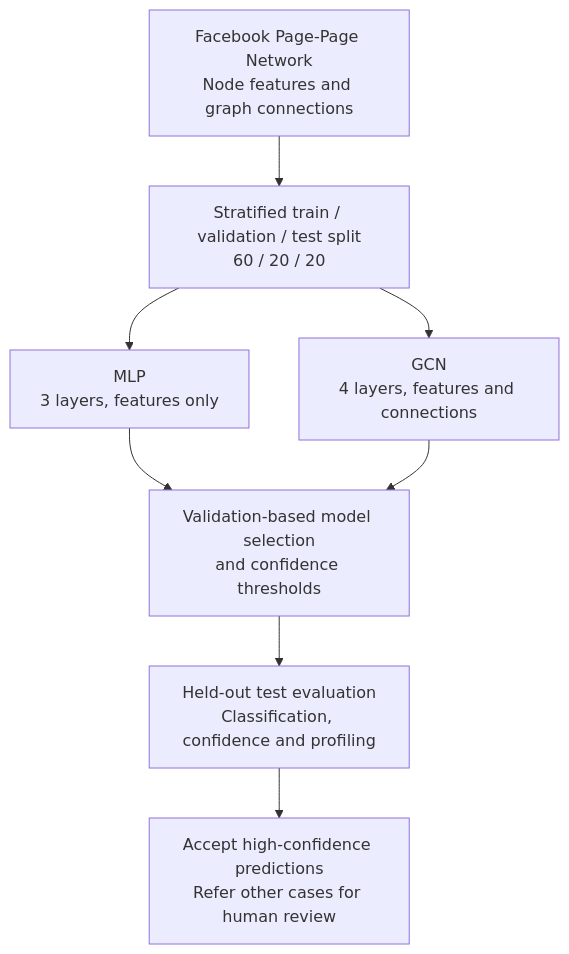
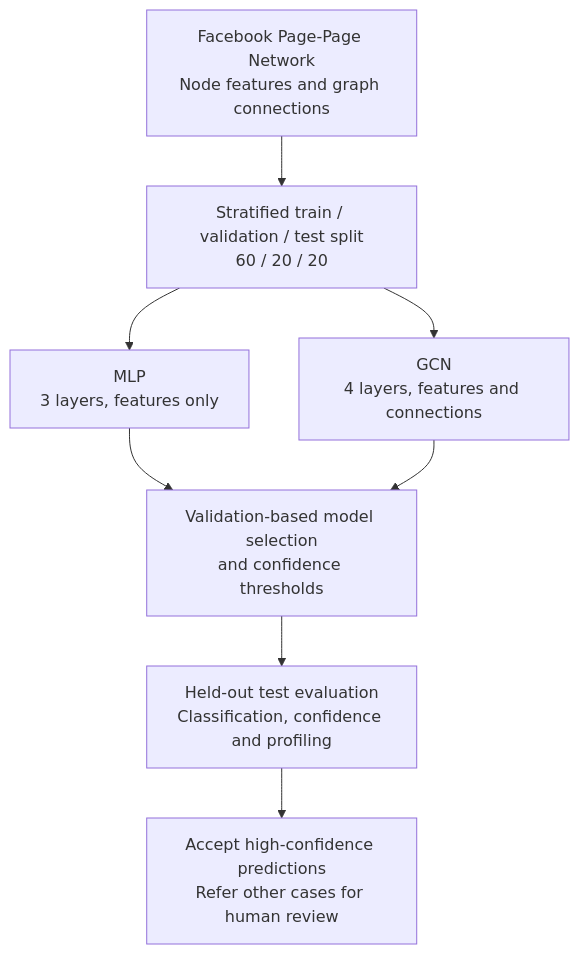
The diagram in recognition/MultiLayer_GNN_s45506053/README.md (dm-uq/PatternAnalysis-2026), drawn with Mermaid before and after one commit.

Commit message:
docs(readme): improve project workflow diagram layout

````diff
--- a/recognition/MultiLayer_GNN_s45506053/README.md
+++ b/recognition/MultiLayer_GNN_s45506053/README.md
@@ -46,18 +46,19 @@
 ```mermaid
+%%{init: {"flowchart": {"wrappingWidth": 210, "minNodeWidth": 180}}}%%
 flowchart TD
     A["Facebook Page-Page Network<br/>Node features and graph connections"]
     B["Stratified train / validation / test split<br/>60 / 20 / 20"]
     C["MLP<br/>3 layers, features only"]
     D["GCN<br/>4 layers, features and connections"]
     E["Validation-based model selection<br/>and confidence thresholds"]
     F["Held-out test evaluation<br/>Classification, confidence and profiling"]
     G["Accept high-confidence predictions<br/>Refer other cases for human review"]
 
     A --> B
     B --> C
     B --> D
     C --> E
     D --> E
     E --> F
     F --> G
 ```
````
